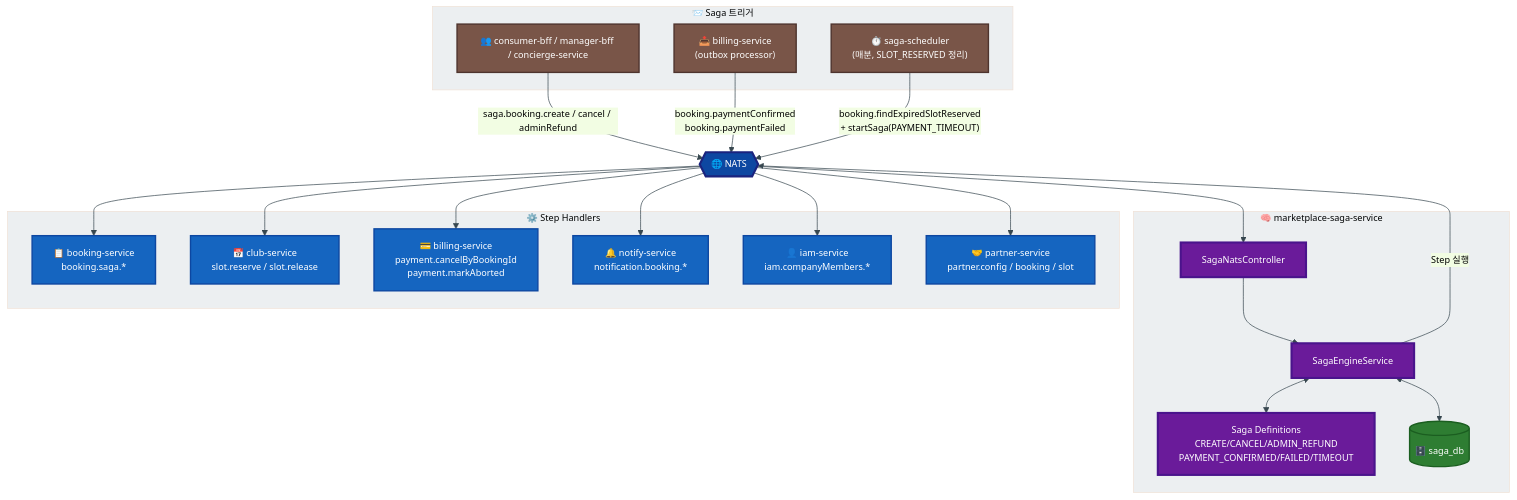
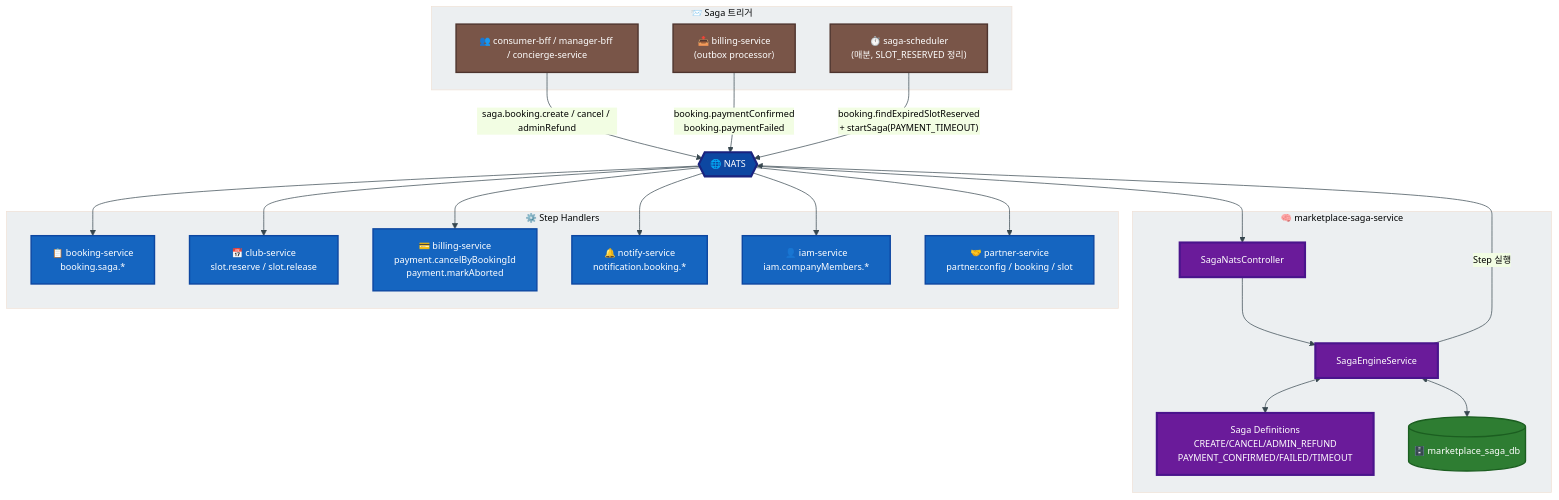
One commit to uniyous/parkgolf-platform changed the first of 9 diagrams in docs/workflow/saga.md. Above: the diagram before and after it, drawn with Mermaid. The commit also changed other lines of this file and 13 other files, not shown here.

First line of the commit message:
refactor(saga): DB명 saga_db → marketplace_saga_db 리네임 (UNI-127)

````diff
--- a/docs/workflow/saga.md
+++ b/docs/workflow/saga.md
@@ -49,50 +49,50 @@
 ```mermaid
 %%{init: {'theme':'base','themeVariables':{'primaryColor':'#E3F2FD','primaryTextColor':'#000','primaryBorderColor':'#1565C0','lineColor':'#37474F','clusterBkg':'#ECEFF1','fontSize':'13px'}}}%%
 flowchart TB
     subgraph Triggers["📨 Saga 트리거"]
         UA["👥 consumer-bff / manager-bff / concierge-service"]
         PS_OBX["📤 billing-service<br/>(outbox processor)"]
         SCHED["⏱️ saga-scheduler<br/>(매분, SLOT_RESERVED 정리)"]
     end
 
     subgraph Orchestrator["🧠 marketplace-saga-service"]
         CTRL["SagaNatsController"]
         ENGINE["SagaEngineService"]
         DEFS["Saga Definitions<br/>CREATE/CANCEL/ADMIN_REFUND<br/>PAYMENT_CONFIRMED/FAILED/TIMEOUT"]
-        DB_S[("🗄️ saga_db")]
+        DB_S[("🗄️ marketplace_saga_db")]
     end
 
     NATS{{"🌐 NATS"}}
 
     subgraph StepHandlers["⚙️ Step Handlers"]
         BS["📋 booking-service<br/>booking.saga.*"]
         CS["📅 club-service<br/>slot.reserve / slot.release"]
         PAY["💳 billing-service<br/>payment.cancelByBookingId<br/>payment.markAborted"]
         NS["🔔 notify-service<br/>notification.booking.*"]
         IAM["👤 iam-service<br/>iam.companyMembers.*"]
         PRT["🤝 partner-service<br/>partner.config / booking / slot"]
     end
 
     UA -->|"saga.booking.create / cancel / adminRefund"| NATS
     PS_OBX -->|"booking.paymentConfirmed<br/>booking.paymentFailed"| NATS
     SCHED -->|"booking.findExpiredSlotReserved<br/>+ startSaga(PAYMENT_TIMEOUT)"| NATS
 
     NATS --> CTRL --> ENGINE
     ENGINE <--> DEFS
     ENGINE <--> DB_S
     ENGINE -->|"Step 실행"| NATS
     NATS --> BS & CS & PAY & NS & IAM & PRT
 
     classDef trig fill:#795548,color:#fff,stroke:#4E342E,stroke-width:2px
     classDef orch fill:#6A1B9A,color:#fff,stroke:#4A148C,stroke-width:3px
     classDef bus fill:#0D47A1,color:#fff,stroke:#1A237E,stroke-width:3px
     classDef hand fill:#1565C0,color:#fff,stroke:#0D47A1,stroke-width:2px
     classDef store fill:#2E7D32,color:#fff,stroke:#1B5E20,stroke-width:2px
     classDef todo fill:#EF6C00,color:#fff,stroke:#BF360C,stroke-width:2px,stroke-dasharray:5 5
 
     class UA,PS_OBX,SCHED trig
     class CTRL,ENGINE,DEFS orch
     class NATS bus
     class BS,CS,PAY,NS,IAM,PRT hand
     class DB_S store
 ```
````
